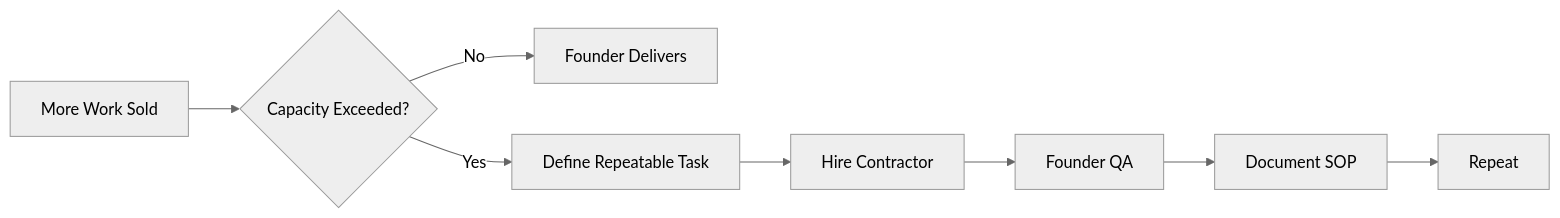
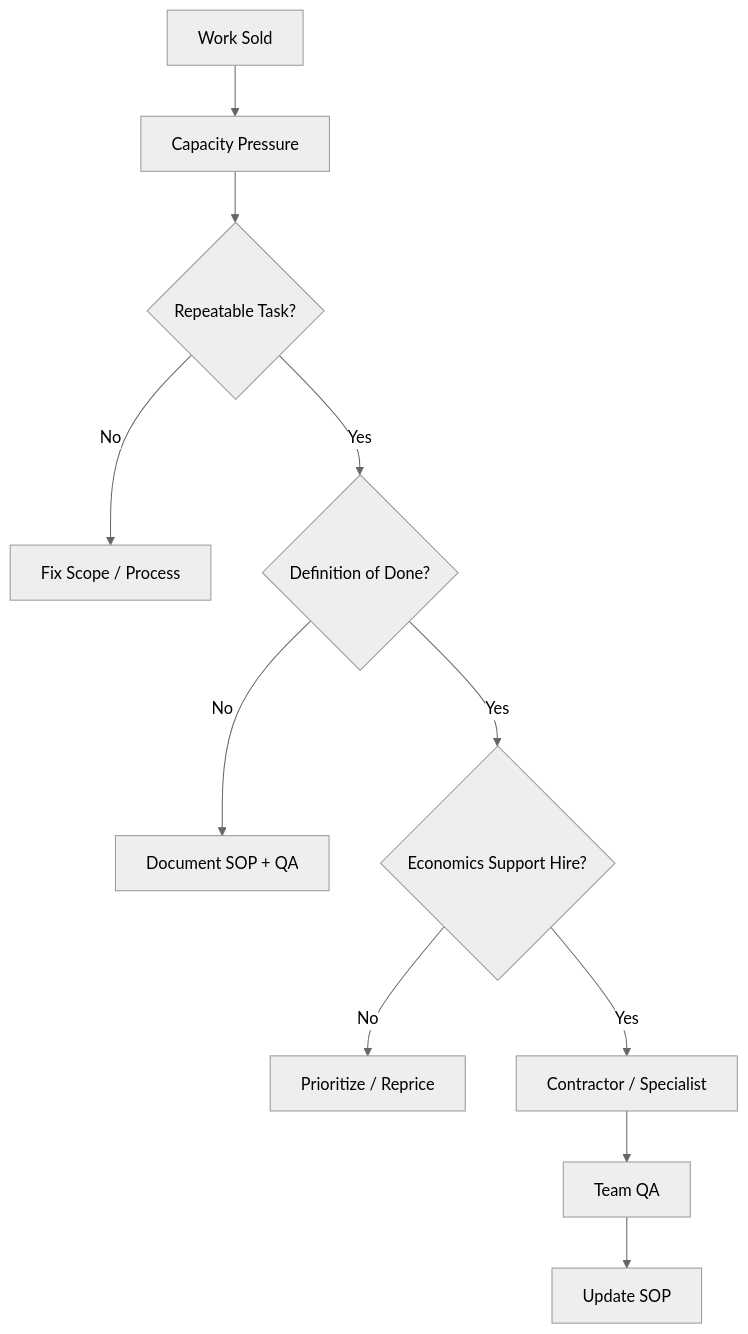
One commit to sulmanfarooqq/Documentation- changed the fourth of 4 diagrams in 13_UML_Workflows.md. Above: the diagram before and after it, drawn with Mermaid (neutral theme). The commit also changed other lines of this file and 3 other files, not shown here.

````diff
--- a/13_UML_Workflows.md
+++ b/13_UML_Workflows.md
@@ -39,10 +49,13 @@
 ```mermaid
-flowchart LR
-A[More Work Sold] --> B{Capacity Exceeded?}
-B -- No --> C[Founder Delivers]
-B -- Yes --> D[Define Repeatable Task]
-D --> E[Hire Contractor]
-E --> F[Founder QA]
-F --> G[Document SOP]
-G --> H[Repeat]
+flowchart TD
+ SOLD[Work Sold] --> CAP[Capacity Pressure]
+ CAP --> REP{Repeatable Task?}
+ REP -->|No| SCOPE[Fix Scope / Process]
+ REP -->|Yes| DOD{Definition of Done?}
+ DOD -->|No| DOC[Document SOP + QA]
+ DOD -->|Yes| ECON{Economics Support Hire?}
+ ECON -->|No| PRIOR[Prioritize / Reprice]
+ ECON -->|Yes| HIRE[Contractor / Specialist]
+ HIRE --> QA[Team QA]
+ QA --> DOC2[Update SOP]
 ```
````
